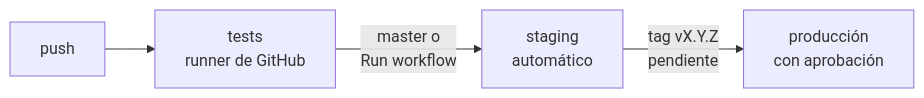
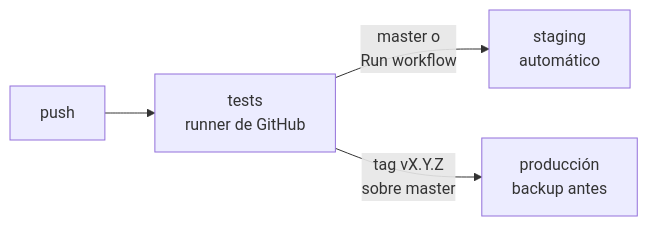
Before and after one commit to ffunes-cru/posventa: the diagram in docs/despliegue.md, drawn with Mermaid. The commit also changed other lines of this file and 1 other file, not shown here.

First line of the commit message:
[IMP] posventa: despliegue a producción por tag de versión

````diff
--- a/docs/despliegue.md
+++ b/docs/despliegue.md
@@ -10,6 +10,6 @@
 ```mermaid
 flowchart LR
     A[push] --> B[tests<br/>runner de GitHub]
     B -->|master o<br/>Run workflow| C[staging<br/>automático]
-    C -->|tag vX.Y.Z<br/>pendiente| D[producción<br/>con aprobación]
+    B -->|tag vX.Y.Z<br/>sobre master| D[producción<br/>backup antes]
 ```
````
